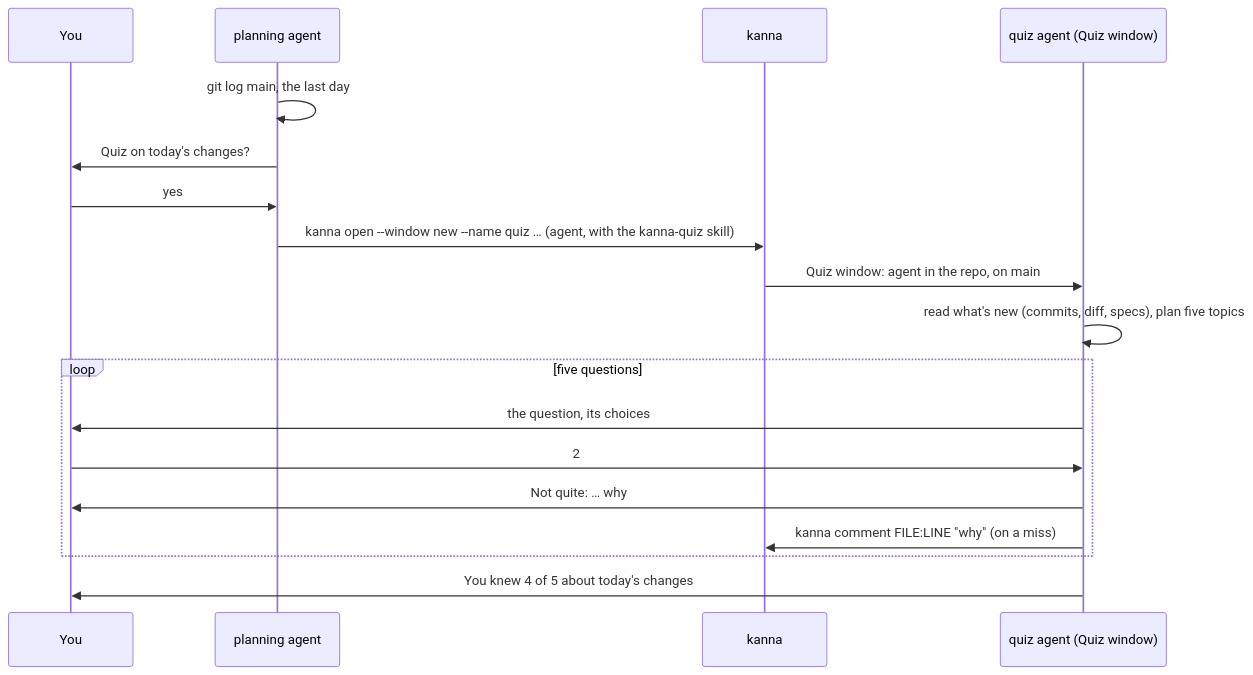
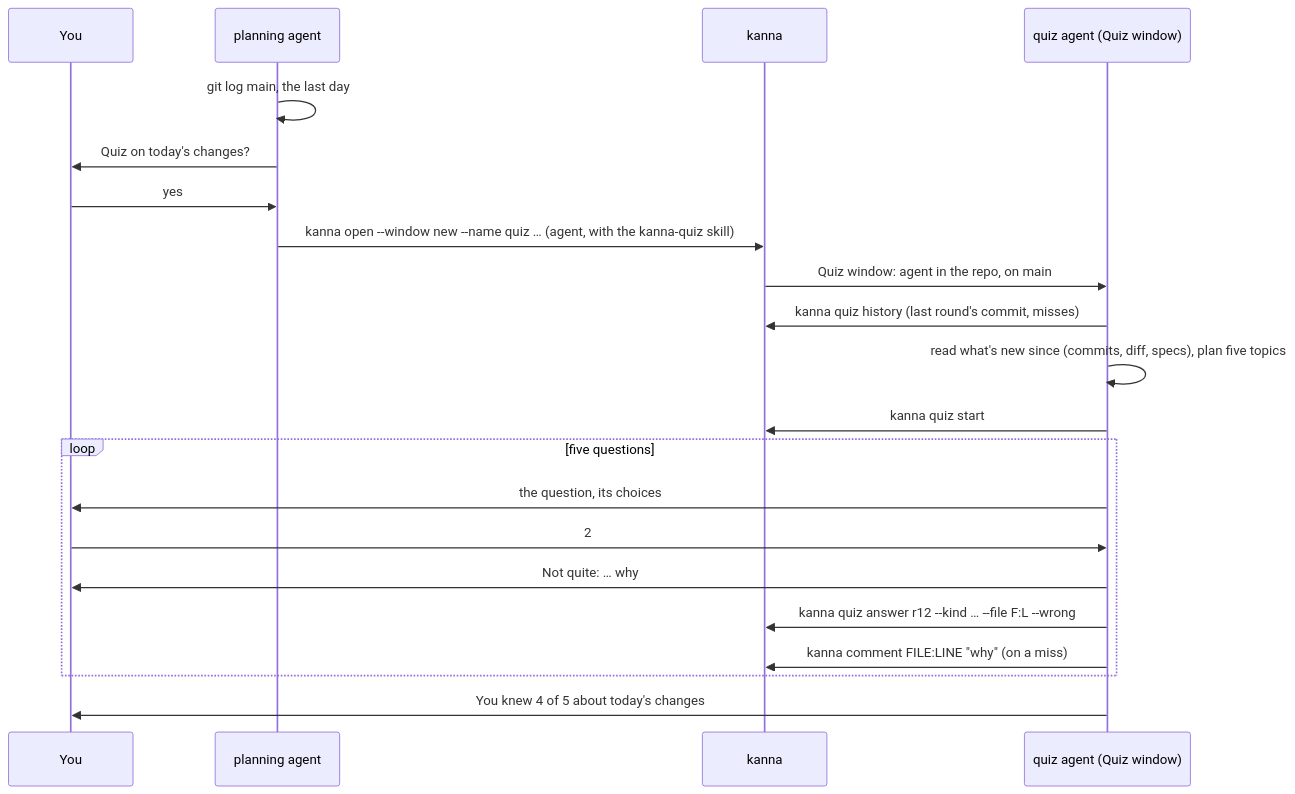
The first of 2 diagrams in docs/specs/quiz.md (jemdiggity/kanna-v4), drawn with Mermaid before and after one commit. The commit also changed other lines of this file and 13 other files, not shown here.

````diff
--- a/docs/specs/quiz.md
+++ b/docs/specs/quiz.md
@@ -27,20 +27,23 @@
 ```mermaid
 sequenceDiagram
     participant You
     participant P as planning agent
     participant K as kanna
     participant Q as quiz agent (Quiz window)
     P->>P: git log main, the last day
     P->>You: Quiz on today's changes?
     You->>P: yes
     P->>K: kanna open --window new --name quiz … (agent, with the kanna-quiz skill)
     K->>Q: Quiz window: agent in the repo, on main
-    Q->>Q: read what's new (commits, diff, specs), plan five topics
+    Q->>K: kanna quiz history (last round's commit, misses)
+    Q->>Q: read what's new since (commits, diff, specs), plan five topics
+    Q->>K: kanna quiz start
     loop five questions
         Q->>You: the question, its choices
         You->>Q: 2
         Q->>You: Not quite: … why
+        Q->>K: kanna quiz answer r12 --kind … --file F:L --wrong
         Q->>K: kanna comment FILE:LINE "why" (on a miss)
     end
     Q->>You: You knew 4 of 5 about today's changes
 ```
````
